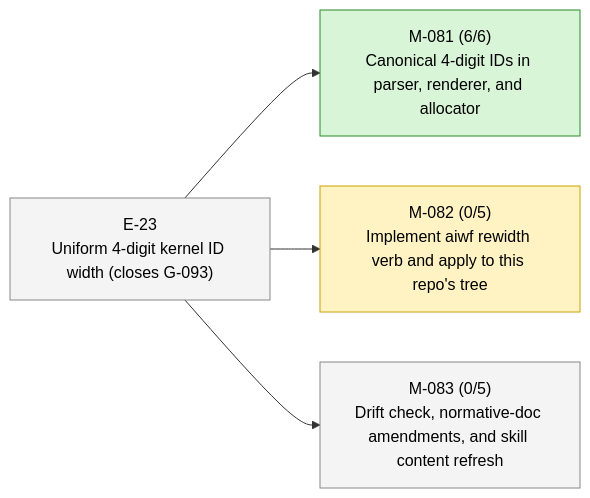
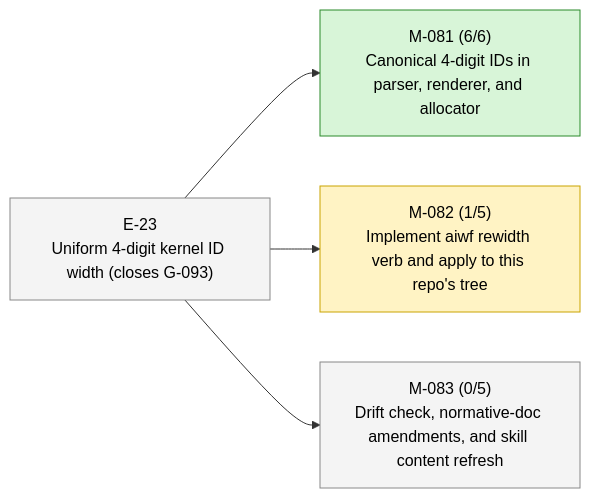
One commit to 23min/aiwf changed the second of 2 diagrams in STATUS.md. Above: the diagram before and after it, drawn with Mermaid. The commit also changed other lines of this file and 1 other file, not shown here.

First line of the commit message:
aiwf promote M-0082/AC-1 open -> met

````diff
--- a/STATUS.md
+++ b/STATUS.md
@@ -47,16 +47,16 @@
 ```mermaid
 flowchart LR
   E_23["E-23<br/>Uniform 4-digit kernel ID width (closes G-093)"]:::epic_proposed
   M_081["M-081 (6/6)<br/>Canonical 4-digit IDs in parser, renderer, and allocator"]:::ms_done
   E_23 --> M_081
-  M_082["M-082 (0/5)<br/>Implement aiwf rewidth verb and apply to this repo's tree"]:::ms_in_progress
+  M_082["M-082 (1/5)<br/>Implement aiwf rewidth verb and apply to this repo's tree"]:::ms_in_progress
   E_23 --> M_082
   M_083["M-083 (0/5)<br/>Drift check, normative-doc amendments, and skill content refresh"]:::ms_draft
   E_23 --> M_083
   classDef epic_active fill:#d6eaff,stroke:#1a73e8,color:#000
   classDef epic_proposed fill:#f4f4f4,stroke:#888,color:#000
   classDef ms_done fill:#d8f5d8,stroke:#2a8a2a,color:#000
   classDef ms_in_progress fill:#fff3c4,stroke:#caa400,color:#000
   classDef ms_draft fill:#f4f4f4,stroke:#888,color:#000
   classDef ms_cancelled fill:#fbeaea,stroke:#c33,color:#000
 ```
````
